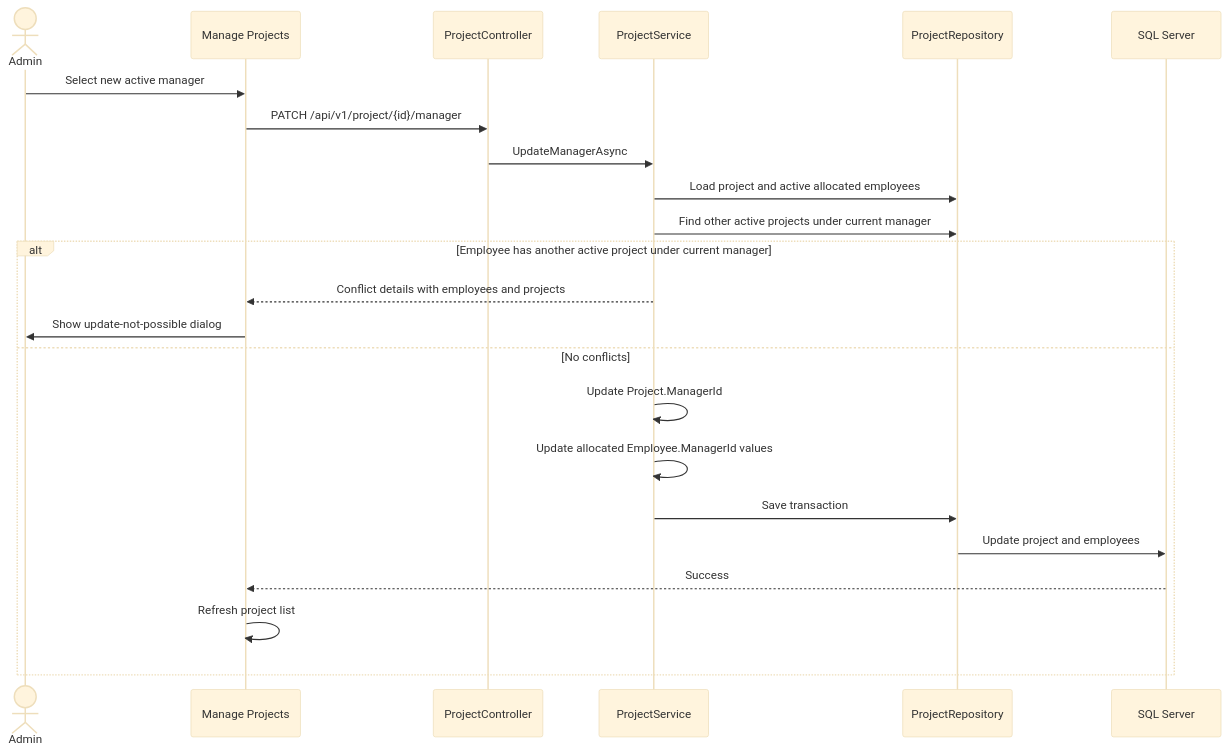
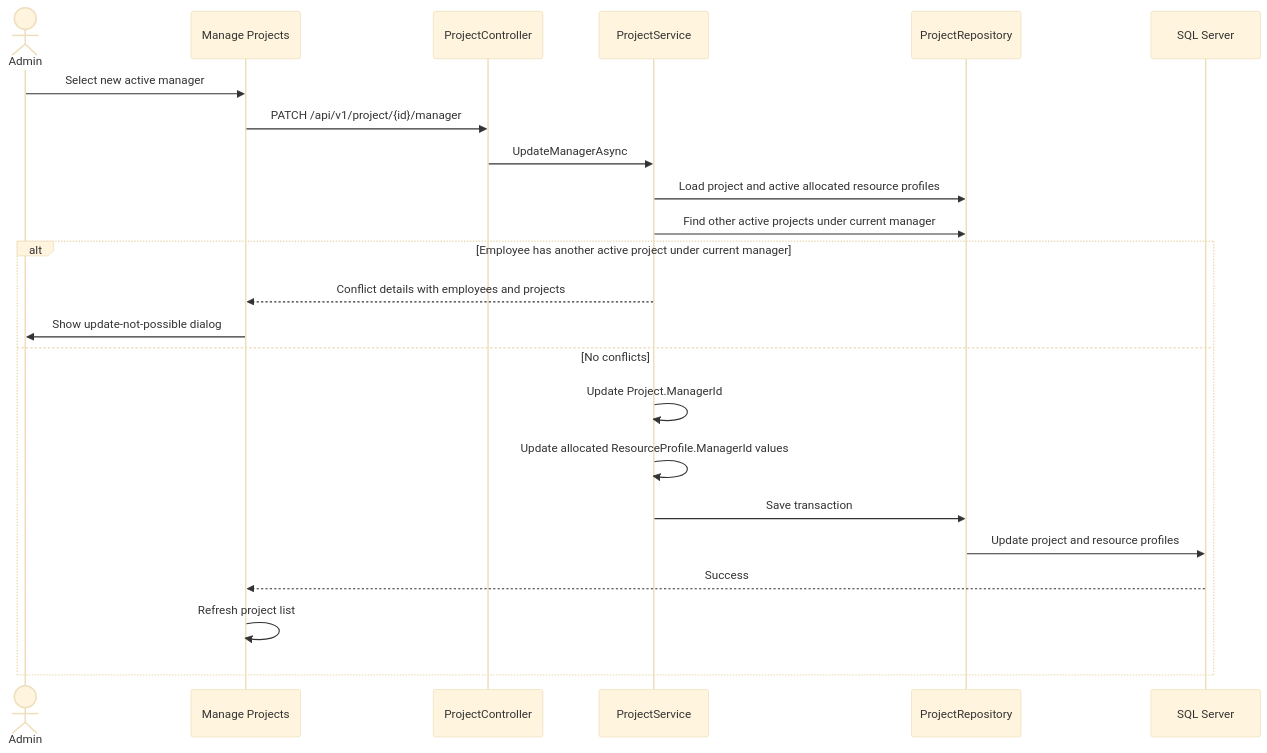
Before and after one commit to AayushGargITT/AayushGarg-LearnCode-2025-26: diagram 12 of 17 in ResourceMindAi/readme.md, drawn with Mermaid (base theme). The commit also changed other lines of this file and 35 other files, not shown here.

First line of the commit message:
refactor(domain): rename Employee to ResourceProfile and simplify entity model

````diff
--- a/ResourceMindAi/readme.md
+++ b/ResourceMindAi/readme.md
@@ -592,27 +591,27 @@
 ```mermaid
 sequenceDiagram
     actor Admin
     participant UI as Manage Projects
     participant API as ProjectController
     participant Service as ProjectService
     participant Repo as ProjectRepository
     participant DB as SQL Server
 
     Admin->>UI: Select new active manager
     UI->>API: PATCH /api/v1/project/{id}/manager
     API->>Service: UpdateManagerAsync
-    Service->>Repo: Load project and active allocated employees
+    Service->>Repo: Load project and active allocated resource profiles
     Service->>Repo: Find other active projects under current manager
 
     alt Employee has another active project under current manager
         Service-->>UI: Conflict details with employees and projects
         UI->>Admin: Show update-not-possible dialog
     else No conflicts
         Service->>Service: Update Project.ManagerId
-        Service->>Service: Update allocated Employee.ManagerId values
+        Service->>Service: Update allocated ResourceProfile.ManagerId values
         Service->>Repo: Save transaction
-        Repo->>DB: Update project and employees
+        Repo->>DB: Update project and resource profiles
         DB-->>UI: Success
         UI->>UI: Refresh project list
     end
 ```
````
